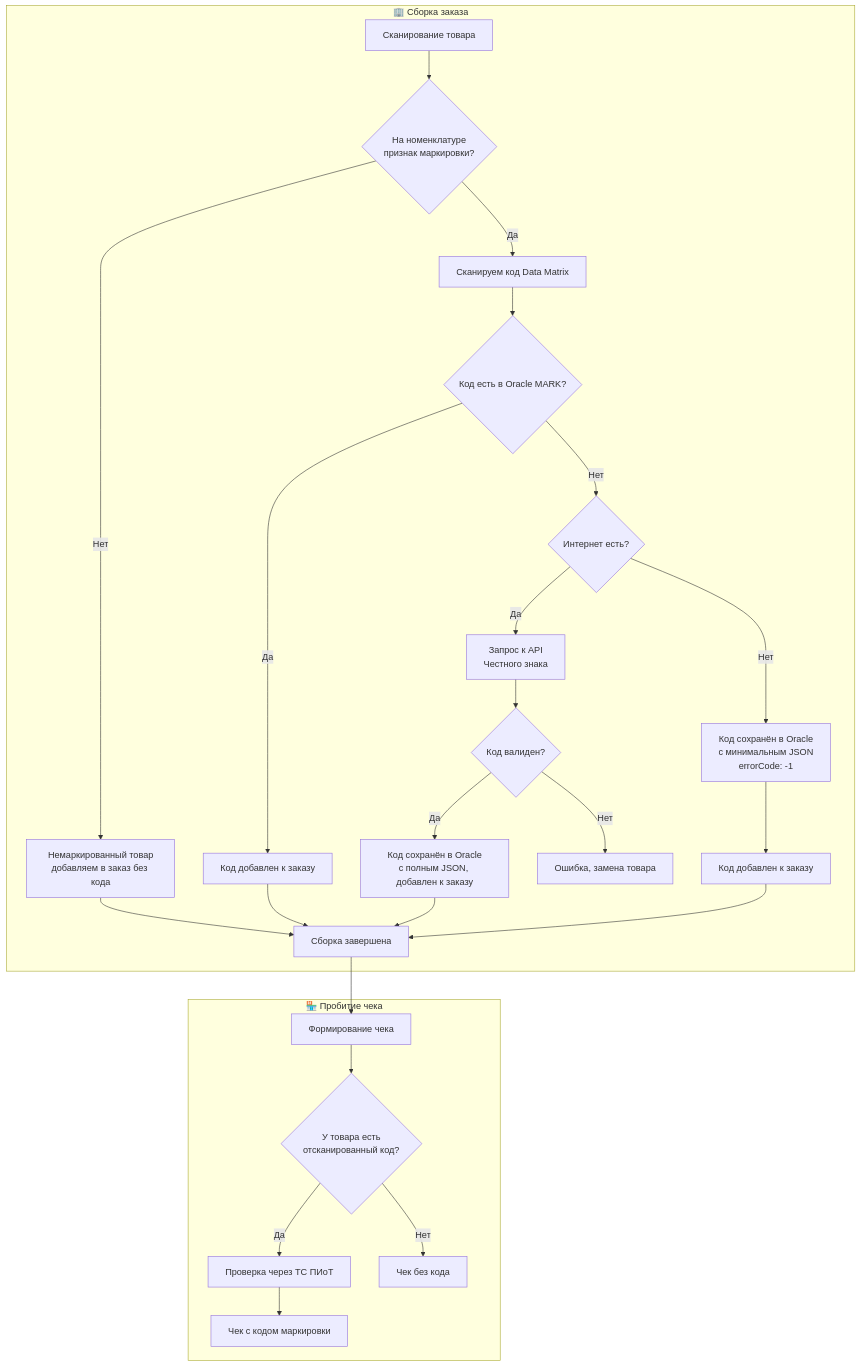
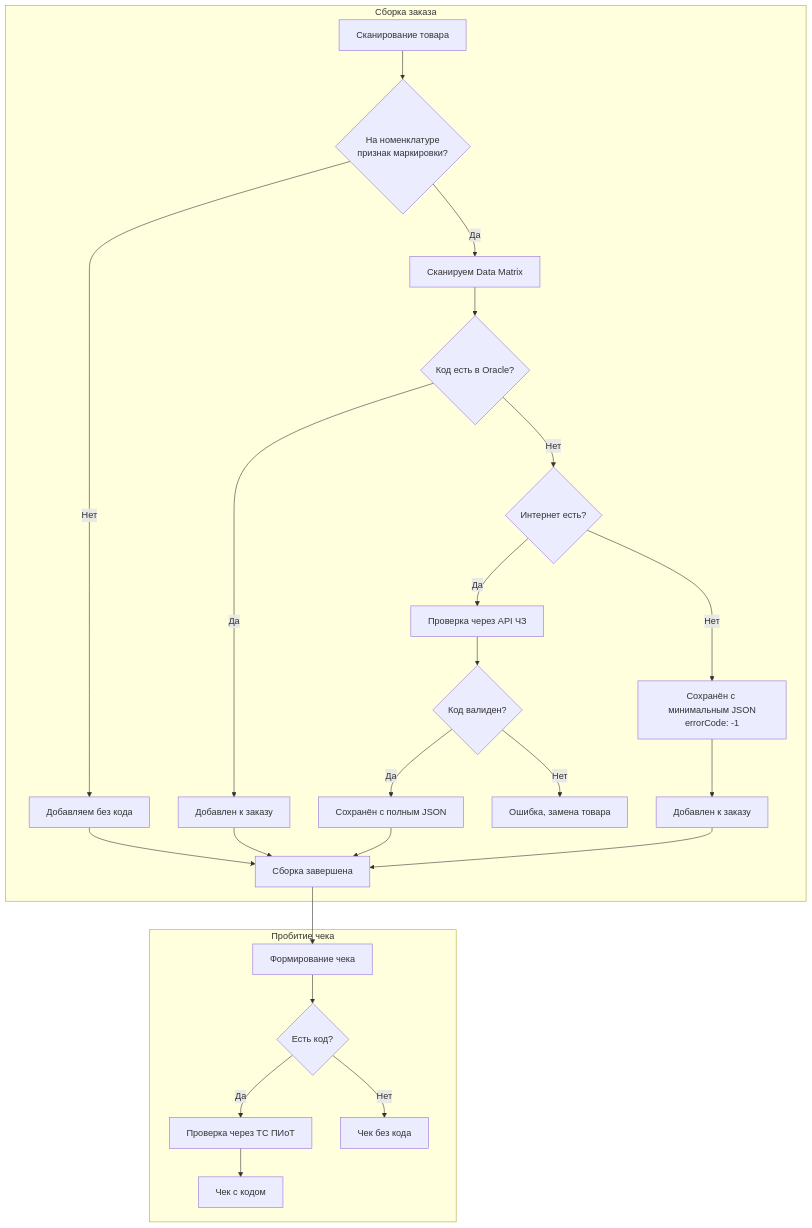
One commit to polushindn-art/oralce-api changed the second of 3 diagrams in src/main/resources/markdown/ТехЗадание/Кассовый_модуль.md. Above: the diagram before and after it, drawn with Mermaid. The commit also changed other lines of this file and 19 other files, not shown here.

````diff
--- a/src/main/resources/markdown/ТехЗадание/Кассовый_модуль.md
+++ b/src/main/resources/markdown/ТехЗадание/Кассовый_модуль.md
@@ -331,30 +492,30 @@
 ```mermaid
 flowchart TD
-subgraph Сборка["🏢 Сборка заказа"]
-A[Сканирование товара] --> B{На номенклатуре<br>признак маркировки?}
-B -->|Нет| C[Немаркированный товар<br>добавляем в заказ без кода]
-B -->|Да| D[Сканируем код Data Matrix]
-D --> E{Код есть в Oracle MARK?}
-E -->|Да| F[Код добавлен к заказу]
-E -->|Нет| G{Интернет есть?}
-G -->|Да| H[Запрос к API<br>Честного знака]
-H --> I{Код валиден?}
-I -->|Да| J[Код сохранён в Oracle<br>с полным JSON, добавлен к заказу]
-I -->|Нет| K[Ошибка, замена товара]
-G -->|Нет| L[Код сохранён в Oracle<br>с минимальным JSON<br>errorCode: -1]
-L --> M[Код добавлен к заказу]
-C --> N[Сборка завершена]
-F --> N
-J --> N
-M --> N
-end
+    subgraph Сборка["Сборка заказа"]
+        A[Сканирование товара] --> B{На номенклатуре<br>признак маркировки?}
+        B -->|Нет| C[Добавляем без кода]
+        B -->|Да| D[Сканируем Data Matrix]
+        D --> E{Код есть в Oracle?}
+        E -->|Да| F[Добавлен к заказу]
+        E -->|Нет| G{Интернет есть?}
+        G -->|Да| H[Проверка через API ЧЗ]
+        H --> I{Код валиден?}
+        I -->|Да| J[Сохранён с полным JSON]
+        I -->|Нет| K[Ошибка, замена товара]
+        G -->|Нет| L[Сохранён с минимальным JSON<br>errorCode: -1]
+        L --> M[Добавлен к заказу]
+        C --> N[Сборка завершена]
+        F --> N
+        J --> N
+        M --> N
+    end
 
-subgraph Касса["🏪 Пробитие чека"]
-S[Формирование чека] --> T{У товара есть<br>отсканированный код?}
-T -->|Да| U[Проверка через ТС ПИоТ]
-U --> V[Чек с кодом маркировки]
-T -->|Нет| W[Чек без кода]
-end
+    subgraph Касса["Пробитие чека"]
+        S[Формирование чека] --> T{Есть код?}
+        T -->|Да| U[Проверка через ТС ПИоТ]
+        U --> V[Чек с кодом]
+        T -->|Нет| W[Чек без кода]
+    end
 
-N --> S
+    N --> S
 ```
````
